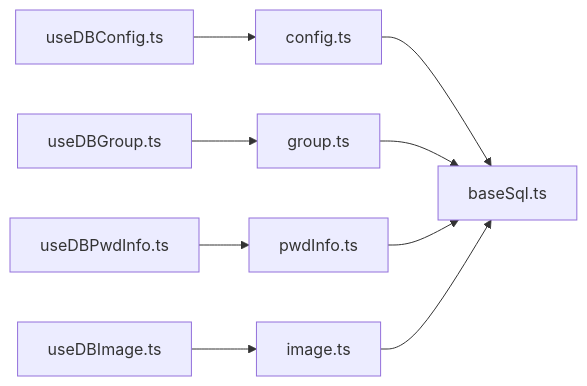
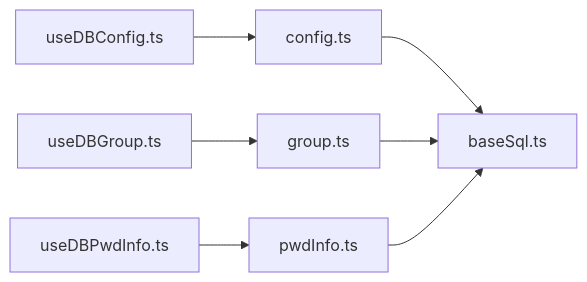
One commit to scgithub3220216/password-manager changed the fourth of 5 diagrams in .qoder/repowiki/zh/content/架构设计/数据库层架构/Mapper层设计/Mapper层设计.md. Above: the diagram before and after it, drawn with Mermaid. The commit also changed other lines of this file and 17 other files, not shown here.

````diff
--- a/.qoder/repowiki/zh/content/架构设计/数据库层架构/Mapper层设计/Mapper层设计.md
+++ b/.qoder/repowiki/zh/content/架构设计/数据库层架构/Mapper层设计/Mapper层设计.md
@@ -412,11 +345,9 @@
 ```mermaid
 graph LR
 FE_Config["useDBConfig.ts"] --> M_Config["config.ts"]
 FE_Group["useDBGroup.ts"] --> M_Group["group.ts"]
 FE_Pwd["useDBPwdInfo.ts"] --> M_Pwd["pwdInfo.ts"]
-FE_Img["useDBImage.ts"] --> M_Img["image.ts"]
 M_Config --> Base["baseSql.ts"]
 M_Group --> Base
 M_Pwd --> Base
-M_Img --> Base
 ```
````
